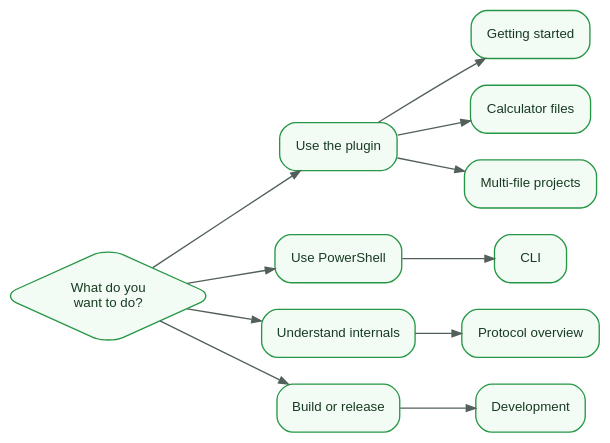
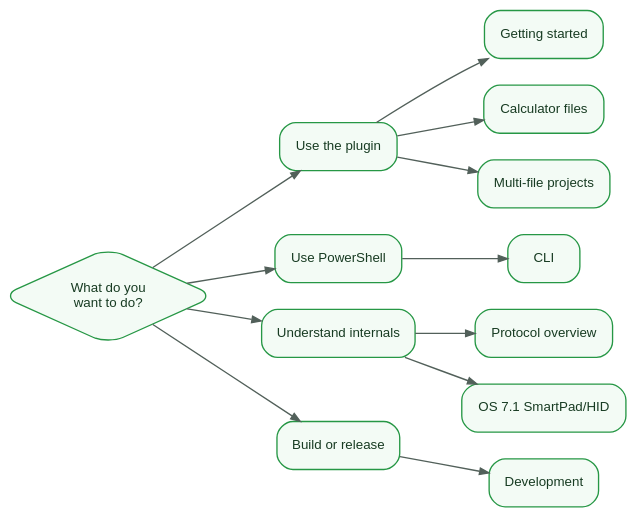
One commit to Inspyre-Softworks/ti84-evo-for-pycharm changed the diagram in docs/index.rst. Above: the diagram before and after it, drawn with Graphviz. The commit also changed other lines of this file and 20 other files, not shown here.

First line of the commit message:
Bump version to 0.5.0 and add SmartPad support

```diff
--- a/docs/index.rst
+++ b/docs/index.rst
@@ -48,32 +54,35 @@
 .. graphviz::
    :align: center
 
    digraph docs_routes {
        rankdir=LR;
        graph [bgcolor="transparent", pad=0.15, nodesep=0.28, ranksep=0.48];
        node [shape=box, style="rounded,filled", fillcolor="#f3fbf5",
              color="#269745", fontcolor="#173b22", fontname="Arial",
              fontsize=10, margin="0.16,0.10"];
        edge [color="#52605a", fontcolor="#365141", fontname="Arial",
              fontsize=9, arrowsize=0.7];
 
        goal [shape=diamond, label="What do you\nwant to do?"];
        use [label="Use the plugin"];
        automate [label="Use PowerShell"];
        understand [label="Understand internals"];
        contribute [label="Build or release"];
        start [label="Getting started"];
        files [label="Calculator files"];
        projects [label="Multi-file projects"];
        cli [label="CLI"];
        protocol [label="Protocol overview"];
+       smartpad [label="OS 7.1 SmartPad/HID"];
        development [label="Development"];
 
        goal -> use;
        use -> start;
        use -> files;
        use -> projects;
        goal -> automate -> cli;
-       goal -> understand -> protocol;
+       goal -> understand;
+       understand -> protocol;
+       understand -> smartpad;
        goal -> contribute -> development;
    }
```
